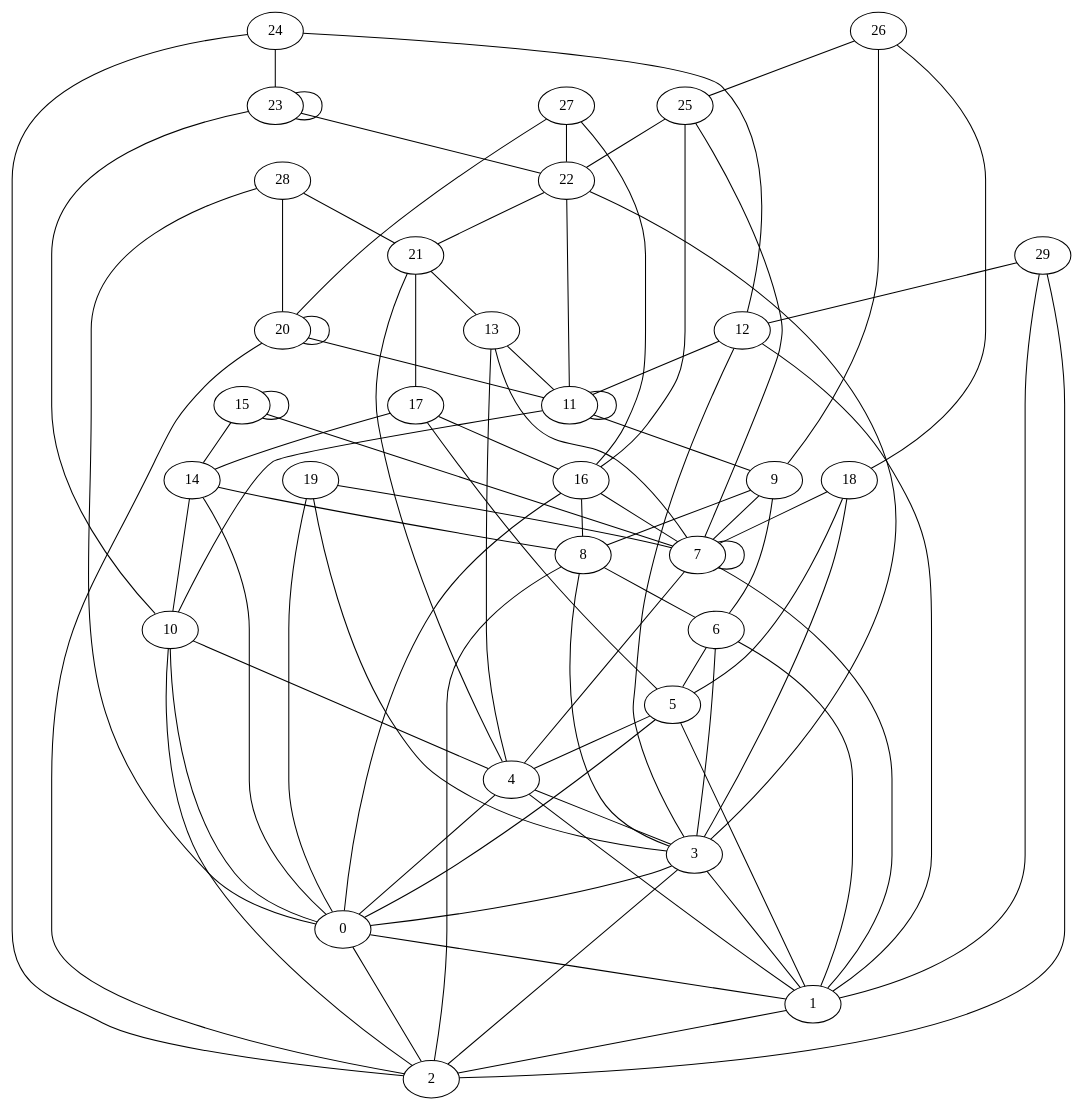
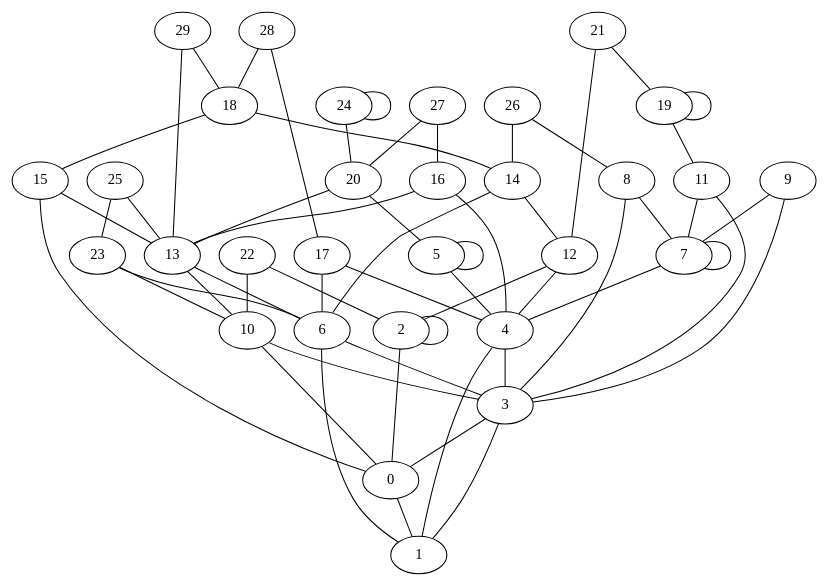
The diagram in grafo_barabasi_30.gv (FranciscoMGL/Proyecto-Algoritmos), drawn with Graphviz before and after one commit. The commit also changed 24 other files, not shown here.

```diff
--- a/grafo_barabasi_30.gv
+++ b/grafo_barabasi_30.gv
@@ -1,86 +1,59 @@
 graph G {
-    "26" -- "18";
-    "20" -- "20";
-    "9" -- "8";
-    "5" -- "0";
-    "21" -- "17";
-    "22" -- "3";
-    "14" -- "0";
-    "26" -- "9";
-    "19" -- "7";
+    "4" -- "3";
+    "12" -- "4";
+    "10" -- "3";
+    "29" -- "18";
+    "2" -- "0";
+    "25" -- "23";
+    "2" -- "2";
+    "6" -- "1";
+    "3" -- "1";
+    "21" -- "19";
+    "7" -- "7";
+    "22" -- "10";
+    "20" -- "13";
+    "14" -- "6";
+    "29" -- "13";
+    "17" -- "6";
+    "23" -- "6";
+    "5" -- "4";
+    "28" -- "18";
+    "9" -- "3";
     "6" -- "3";
-    "15" -- "14";
-    "16" -- "0";
-    "8" -- "3";
-    "17" -- "14";
-    "29" -- "12";
-    "21" -- "13";
-    "17" -- "16";
-    "23" -- "22";
-    "0" -- "2";
-    "19" -- "3";
-    "3" -- "1";
-    "12" -- "1";
-    "7" -- "7";
-    "20" -- "2";
-    "16" -- "7";
-    "29" -- "2";
-    "12" -- "3";
-    "28" -- "20";
-    "25" -- "22";
-    "24" -- "12";
-    "24" -- "23";
-    "18" -- "5";
-    "5" -- "1";
+    "21" -- "12";
+    "18" -- "14";
+    "17" -- "4";
+    "0" -- "1";
+    "10" -- "0";
+    "19" -- "11";
+    "26" -- "8";
+    "16" -- "13";
+    "23" -- "10";
     "9" -- "7";
-    "13" -- "4";
-    "27" -- "22";
-    "7" -- "1";
-    "24" -- "2";
-    "26" -- "25";
-    "22" -- "21";
-    "11" -- "11";
-    "8" -- "2";
-    "20" -- "11";
-    "8" -- "6";
-    "6" -- "5";
-    "25" -- "7";
-    "18" -- "3";
-    "1" -- "2";
-    "4" -- "0";
-    "14" -- "10";
-    "13" -- "11";
-    "10" -- "2";
-    "23" -- "10";
-    "22" -- "11";
-    "18" -- "7";
-    "10" -- "4";
-    "23" -- "23";
-    "4" -- "1";
-    "3" -- "2";
-    "15" -- "15";
-    "4" -- "3";
-    "28" -- "21";
-    "21" -- "4";
-    "6" -- "1";
-    "11" -- "9";
-    "13" -- "7";
-    "25" -- "16";
-    "5" -- "4";
-    "0" -- "1";
-    "14" -- "8";
-    "11" -- "10";
-    "10" -- "0";
-    "19" -- "0";
-    "28" -- "0";
-    "15" -- "7";
-    "29" -- "1";
+    "13" -- "6";
+    "22" -- "2";
+    "25" -- "13";
     "27" -- "16";
     "7" -- "4";
+    "14" -- "12";
+    "11" -- "3";
+    "8" -- "3";
+    "5" -- "5";
+    "16" -- "4";
+    "24" -- "20";
     "27" -- "20";
     "3" -- "0";
-    "17" -- "5";
-    "16" -- "8";
-    "12" -- "11";
-    "9" -- "6";
+    "26" -- "14";
+    "4" -- "1";
+    "13" -- "10";
+    "20" -- "5";
+    "19" -- "19";
+    "28" -- "17";
+    "15" -- "0";
+    "12" -- "2";
+    "15" -- "13";
+    "11" -- "7";
+    "18" -- "15";
+    "8" -- "7";
+    "24" -- "24";
 }
```
